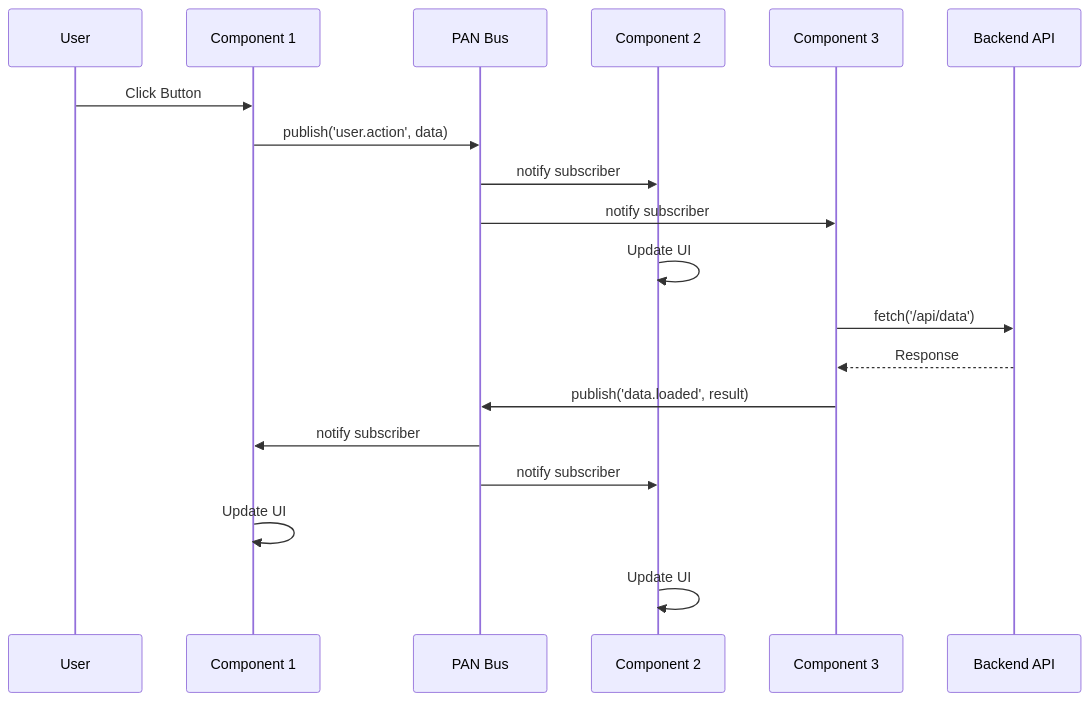
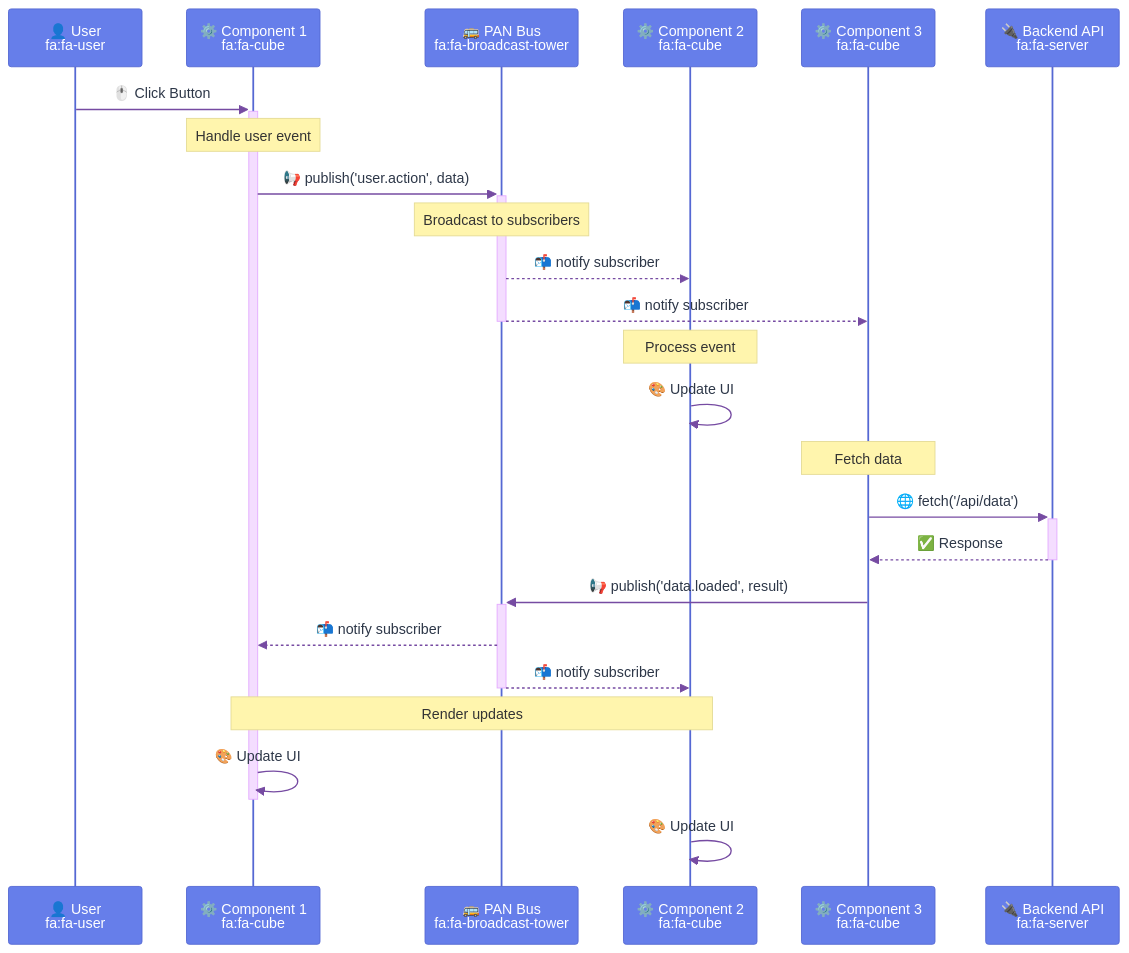
The second of 5 diagrams in docs/books/learning-larc/diagrams/01-architecture-overview.md (larcjs/larc), drawn with Mermaid before and after one commit. The commit also changed other lines of this file and 12 other files, not shown here.

First line of the commit message:
docs: expand Learning LARC chapters 11-19 into individual files and enhance diagrams

````diff
--- a/docs/books/learning-larc/diagrams/01-architecture-overview.md
+++ b/docs/books/learning-larc/diagrams/01-architecture-overview.md
@@ -71,27 +78,33 @@
 ```mermaid
+%%{init: {'theme':'base', 'themeVariables': { 'actorBkg':'#667eea','actorBorder':'#5568d3','actorTextColor':'#fff','signalColor':'#764ba2','signalTextColor':'#2d3748','labelBoxBkgColor':'#f7fafc','labelBoxBorderColor':'#cbd5e0'}}}%%
 sequenceDiagram
-    participant U as User
-    participant C1 as Component 1
-    participant PAN as PAN Bus
-    participant C2 as Component 2
-    participant C3 as Component 3
-    participant API as Backend API
+    participant U as 👤 User<br/>fa:fa-user
+    participant C1 as ⚙️ Component 1<br/>fa:fa-cube
+    participant PAN as 🚌 PAN Bus<br/>fa:fa-broadcast-tower
+    participant C2 as ⚙️ Component 2<br/>fa:fa-cube
+    participant C3 as ⚙️ Component 3<br/>fa:fa-cube
+    participant API as 🔌 Backend API<br/>fa:fa-server
 
-    U->>C1: Click Button
-    C1->>PAN: publish('user.action', data)
+    U->>+C1: 🖱️ Click Button
+    Note over C1: Handle user event
+    C1->>+PAN: 📢 publish('user.action', data)
+    Note over PAN: Broadcast to subscribers
 
-    PAN->>C2: notify subscriber
-    PAN->>C3: notify subscriber
+    PAN-->>C2: 📬 notify subscriber
+    PAN-->>-C3: 📬 notify subscriber
 
-    C2->>C2: Update UI
+    Note over C2: Process event
+    C2->>C2: 🎨 Update UI
 
-    C3->>API: fetch('/api/data')
-    API-->>C3: Response
-    C3->>PAN: publish('data.loaded', result)
+    Note over C3: Fetch data
+    C3->>+API: 🌐 fetch('/api/data')
+    API-->>-C3: ✅ Response
+    C3->>+PAN: 📢 publish('data.loaded', result)
 
-    PAN->>C1: notify subscriber
-    PAN->>C2: notify subscriber
+    PAN-->>C1: 📬 notify subscriber
+    PAN-->>-C2: 📬 notify subscriber
 
-    C1->>C1: Update UI
-    C2->>C2: Update UI
+    Note over C1,C2: Render updates
+    C1->>-C1: 🎨 Update UI
+    C2->>C2: 🎨 Update UI
 ```
````
